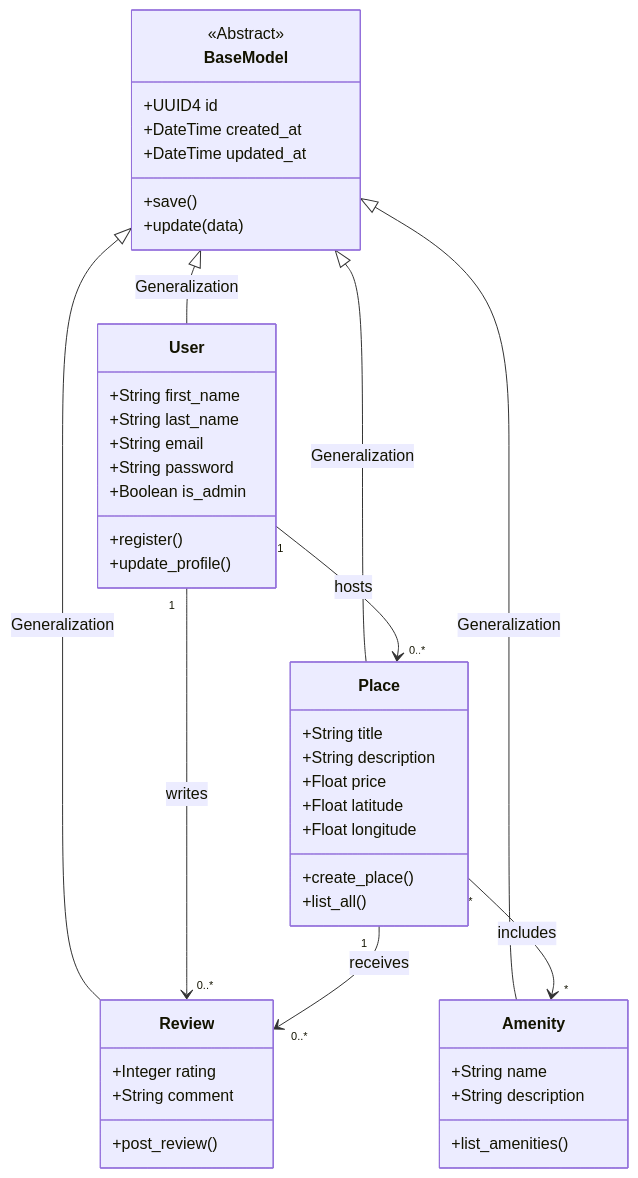
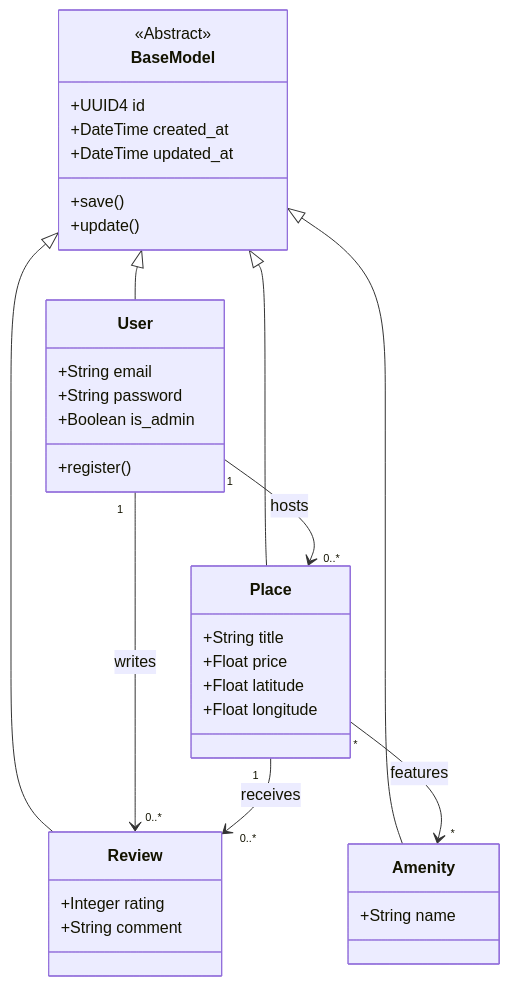
The second of 6 diagrams in part1/README.md (mammadovs/holbertonschool-hbnb), drawn with Mermaid before and after one commit. The commit also changed other lines of this file, not shown here.

````diff
--- a/part1/README.md
+++ b/part1/README.md
@@ -49,53 +49,44 @@
 ```mermaid
 classDiagram
     class BaseModel {
         <<Abstract>>
         +UUID4 id
         +DateTime created_at
         +DateTime updated_at
         +save()
-        +update(data)
+        +update()
     }
 
     class User {
-        +String first_name
-        +String last_name
         +String email
         +String password
         +Boolean is_admin
         +register()
-        +update_profile()
     }
 
     class Place {
         +String title
-        +String description
         +Float price
         +Float latitude
         +Float longitude
-        +create_place()
-        +list_all()
     }
 
     class Review {
         +Integer rating
         +String comment
-        +post_review()
     }
 
     class Amenity {
         +String name
-        +String description
-        +list_amenities()
     }
 
-    BaseModel <|-- User : Generalization
-    BaseModel <|-- Place : Generalization
-    BaseModel <|-- Review : Generalization
-    BaseModel <|-- Amenity : Generalization
+    BaseModel <|-- User
+    BaseModel <|-- Place
+    BaseModel <|-- Review
+    BaseModel <|-- Amenity
 
     User "1" --> "0..*" Place : hosts
     User "1" --> "0..*" Review : writes
     Place "1" --> "0..*" Review : receives
-    Place "*" --> "*" Amenity : includes
+    Place "*" --> "*" Amenity : features
 ```
````
